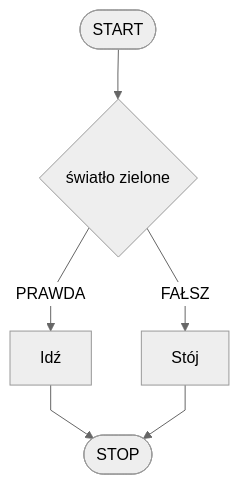
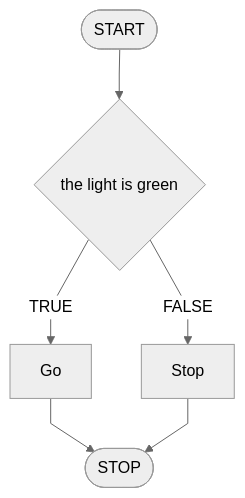
Before and after one commit to blackbat13/edu-cs-htiew-en: the second of 6 diagrams in docs/algorithms/introduction/conditionals.md, drawn with Mermaid. The commit also changed other lines of this file and 682 other files, not shown here.

````diff
--- a/docs/algorithms/introduction/conditionals.md
+++ b/docs/algorithms/introduction/conditionals.md
@@ -58,9 +58,9 @@
 ```mermaid
 %%{init: {"flowchart": {"curve": "linear"}, "theme": "neutral"} }%%
 flowchart TD
-    START([START]) --> K1{światło zielone}
-    K1 -- PRAWDA --> K2[Idź]
-    K1 -- FAŁSZ --> K3[Stój]
+    START([START]) --> K1{the light is green}
+    K1 -- TRUE --> K2[Go]
+    K1 -- FALSE --> K3[Stop]
     K2 --> STOP([STOP])
     K3 --> STOP
 ```
````
